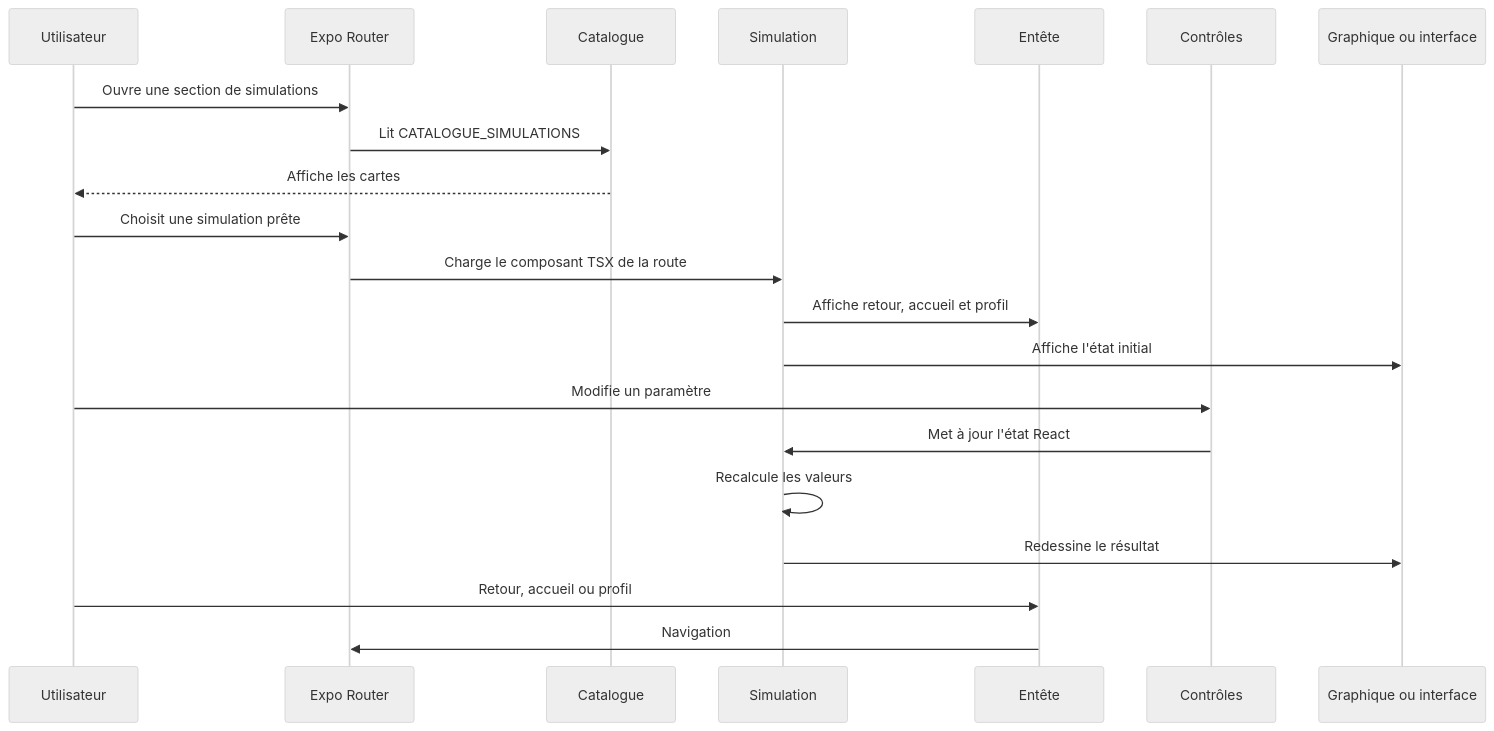
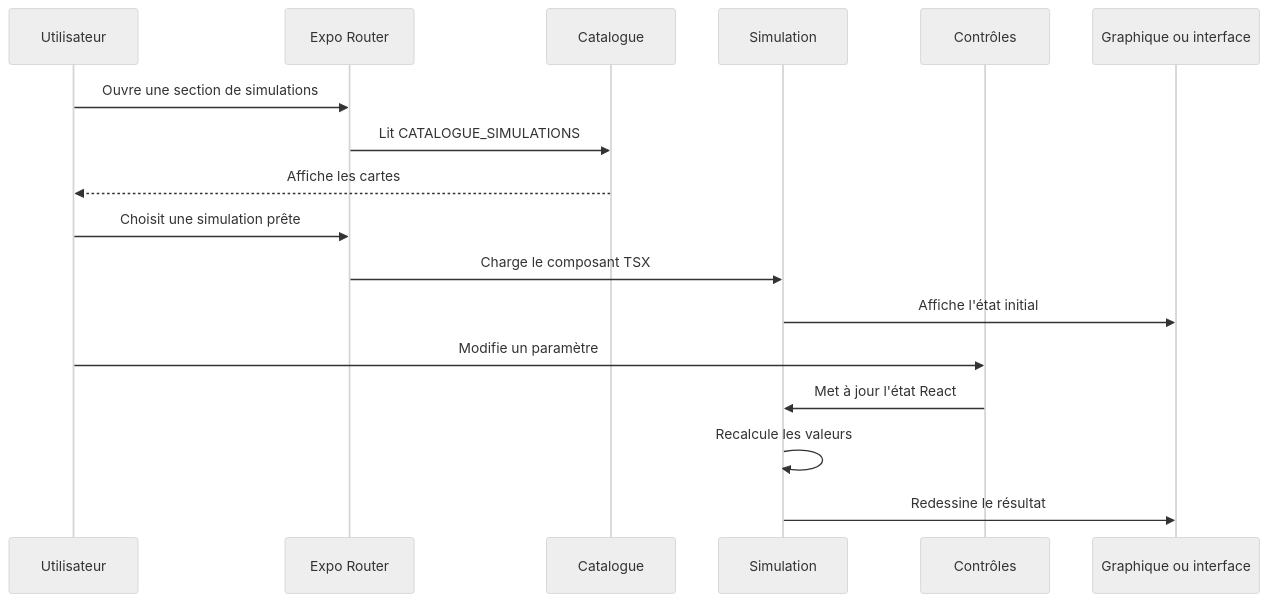
The fifth of 7 diagrams in RAPPORT_COMPLET_EVIDEXE.md (El-Lebaba/Evidexe), drawn with Mermaid (neutral theme) before and after one commit. The commit also changed other lines of this file and 3 other files, not shown here.

Commit message:
add UML-style Evidexe report PDF

````diff
--- a/RAPPORT_COMPLET_EVIDEXE.md
+++ b/RAPPORT_COMPLET_EVIDEXE.md
@@ -279,24 +372,19 @@
 ```mermaid
 sequenceDiagram
   participant U as Utilisateur
   participant R as Expo Router
   participant C as Catalogue
   participant S as Simulation
-  participant E as Entête
   participant X as Contrôles
   participant G as Graphique ou interface
-
   U->>R: Ouvre une section de simulations
   R->>C: Lit CATALOGUE_SIMULATIONS
   C-->>U: Affiche les cartes
   U->>R: Choisit une simulation prête
-  R->>S: Charge le composant TSX de la route
-  S->>E: Affiche retour, accueil et profil
+  R->>S: Charge le composant TSX
   S->>G: Affiche l'état initial
   U->>X: Modifie un paramètre
   X->>S: Met à jour l'état React
   S->>S: Recalcule les valeurs
   S->>G: Redessine le résultat
-  U->>E: Retour, accueil ou profil
-  E->>R: Navigation
 ```
````
